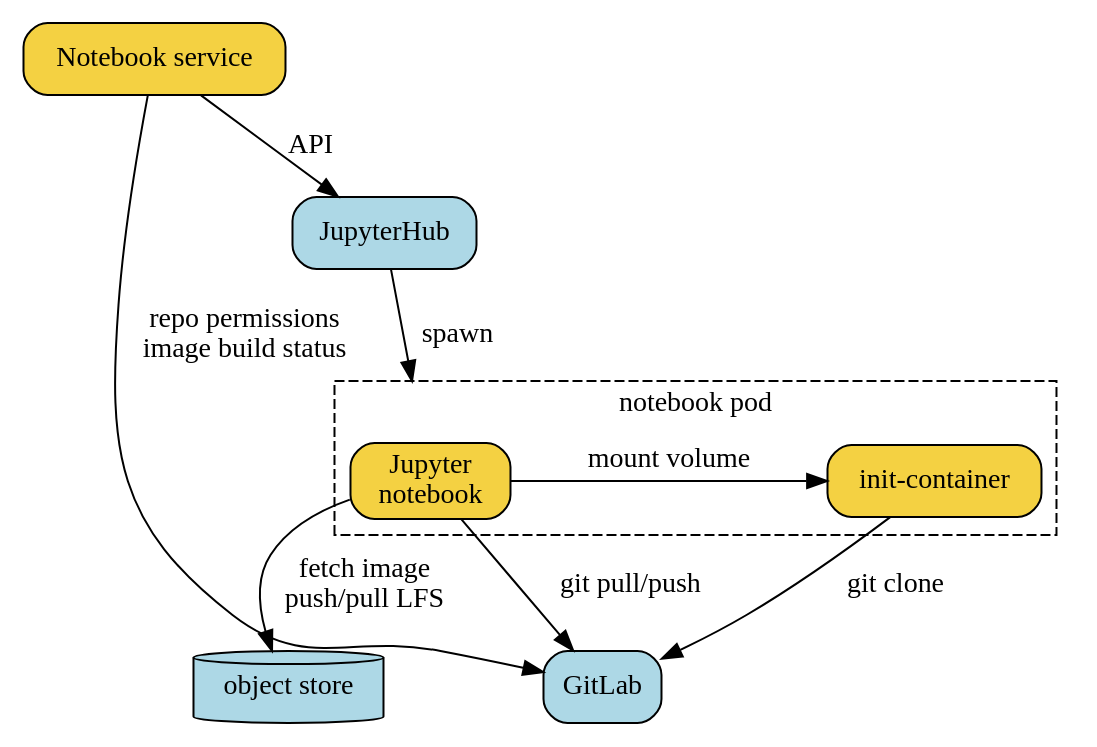
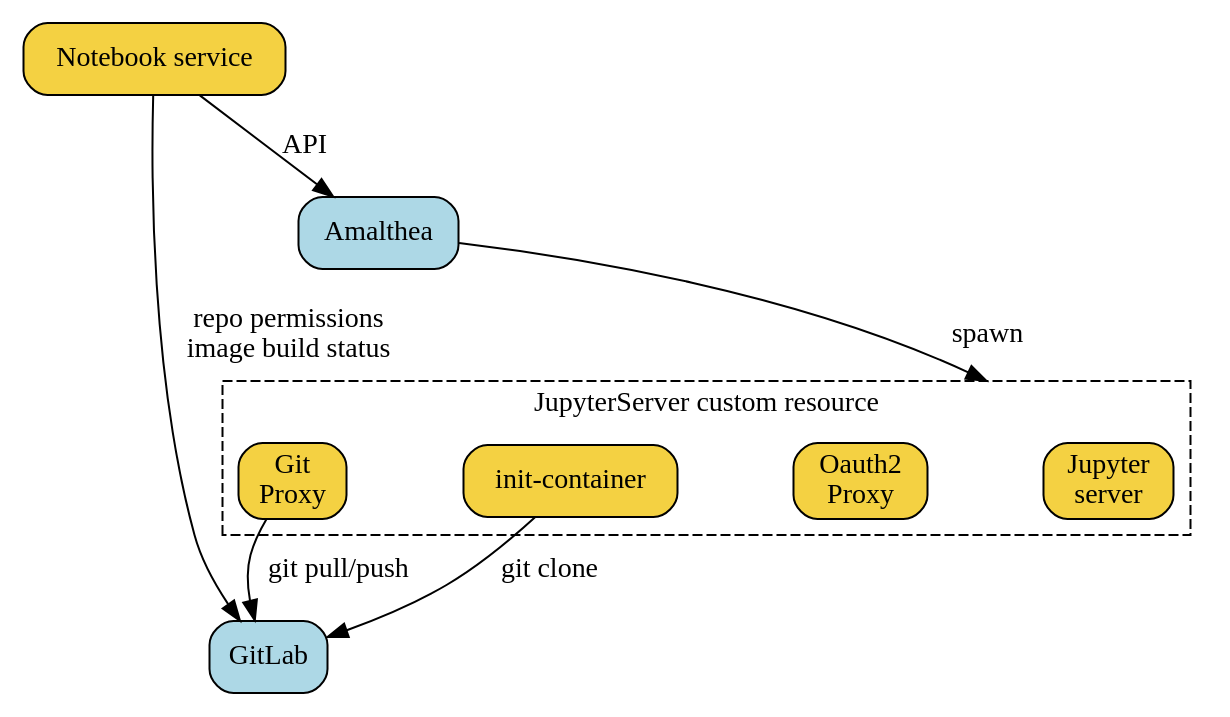
One commit to SwissDataScienceCenter/renku changed the diagram in docs/_static/graphviz/notebook_service_architecture.dot. Above: the diagram before and after it, drawn with Graphviz. The commit also changed 17 other files, not shown here.

```diff
--- a/docs/_static/graphviz/notebook_service_architecture.dot
+++ b/docs/_static/graphviz/notebook_service_architecture.dot
@@ -1,33 +1,35 @@
 strict digraph architecture {
   compound=true;
   newrank=true;
 
   graph [fontname="Raleway", nodesep="0.8"];
   node [shape="rect", style="filled,rounded", fontname="Raleway"];
   edge [fontname="Raleway"]
 
+  
   GitLab [fillcolor="lightblue"]
-  storage [fillcolor="lightblue", label="object store", shape="cylinder"]
+  Amalthea [fillcolor="lightblue"]
+  "notebook-service" [fillcolor="#f4d142" label="Notebook service"]
+  notebook [label="Jupyter\nserver", shape="rect", fillcolor="#f4d142"]
+  oauth2proxy [label="Oauth2\nProxy", shape="rect", fillcolor="#f4d142"]
+  gitproxy [label="Git\nProxy", shape="rect", fillcolor="#f4d142"]
+  "init-container" [shape="rect", fillcolor="#f4d142"]
+  
 
-  JupyterHub [fillcolor="lightblue"]
-  "notebook-service" [fillcolor="#f4d142" label="Notebook service"]
-  notebook [label="Jupyter\nnotebook", shape="rect", fillcolor="#f4d142"]
-  "init-container" [shape="rect", fillcolor="#f4d142"]
-
-  "notebook-service" -> JupyterHub [label=" API"]
+  "notebook-service" -> Amalthea [label=" API"]
 
   subgraph cluster_notebook {
-      label="notebook pod"
+      label="JupyterServer custom resource"
       style="dashed";
+      notebook
+      oauth2proxy
       "init-container"
-      notebook
-      notebook -> "init-container" [label=" mount volume"]
-      {rank=same; "init-container", notebook}
+      {rank=same; "init-container", notebook, oauth2proxy, gitproxy}
+      
   }
 
   "notebook-service" -> GitLab [label=" repo permissions\n image build status"]
-  JupyterHub -> notebook [label=" spawn", lhead=cluster_notebook]
-  "notebook" -> GitLab [label=" git pull/push"]
+  Amalthea -> notebook [label=" spawn", lhead=cluster_notebook]
+  gitproxy -> GitLab [label=" git pull/push"]
   "init-container" -> "GitLab" [label=" git clone"]
-  notebook -> storage [label=" fetch image\n push/pull LFS"]
 }
```
